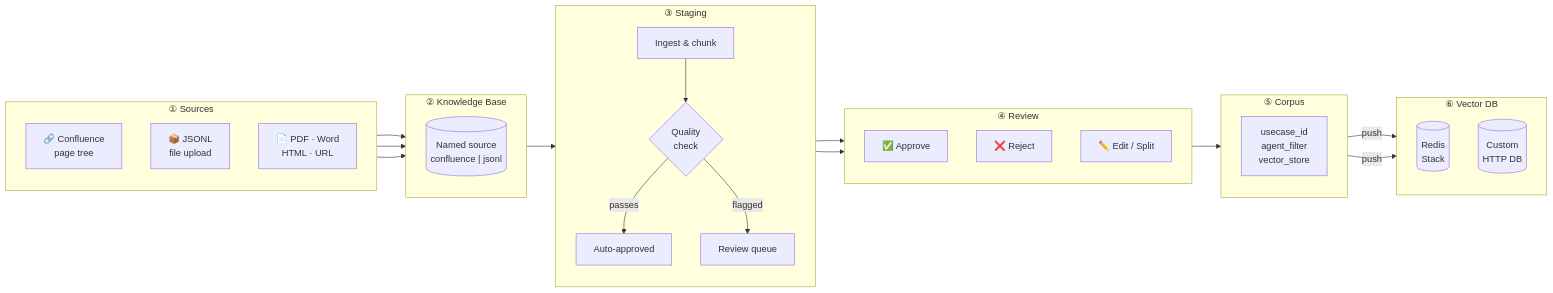
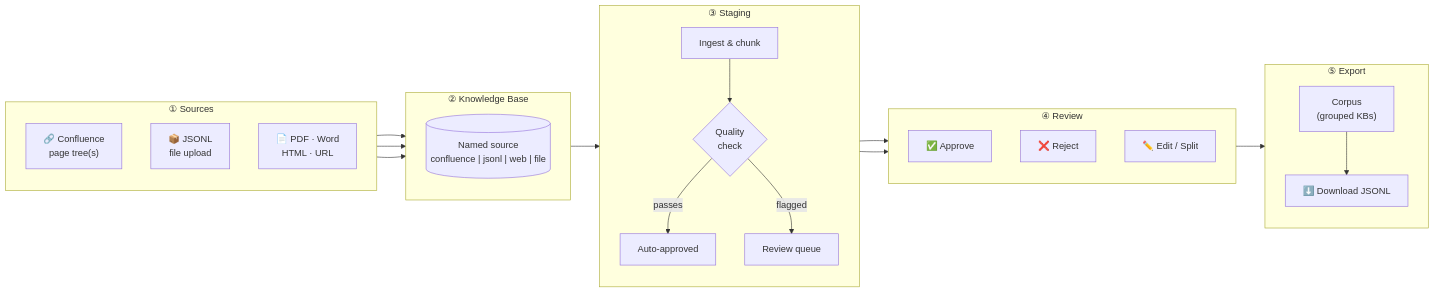
One commit to aasthapit/knowledge-ingestment-pipeline changed the first of 3 diagrams in README.md. Above: the diagram before and after it, drawn with Mermaid. The commit also changed other lines of this file and 7 other files, not shown here.

First line of the commit message:
Support multi-source Confluence and JSONL export

````diff
--- a/README.md
+++ b/README.md
@@ -5,50 +5,44 @@
 ```mermaid
 flowchart LR
     subgraph src["① Sources"]
         direction TB
-        C["🔗 Confluence\npage tree"]
+        C["🔗 Confluence\npage tree(s)"]
         J["📦 JSONL\nfile upload"]
         D["📄 PDF · Word\nHTML · URL"]
     end
 
     subgraph kb["② Knowledge Base"]
         direction TB
-        KB[("Named source\nconfluence | jsonl")]
+        KB[("Named source\nconfluence | jsonl | web | file")]
     end
 
     subgraph stage["③ Staging"]
         direction TB
         IN["Ingest & chunk"]
         QC{"Quality\ncheck"}
         AP["Auto-approved"]
         RQ["Review queue"]
     end
 
     subgraph rev["④ Review"]
         direction TB
         OK["✅ Approve"]
         NO["❌ Reject"]
         ED["✏️ Edit / Split"]
     end
 
-    subgraph corpus["⑤ Corpus"]
+    subgraph out["⑤ Export"]
         direction TB
-        CO["usecase_id\nagent_filter\nvector_store"]
-    end
-
-    subgraph vdb["⑥ Vector DB"]
-        direction TB
-        RD[("Redis\nStack")]
-        CU[("Custom\nHTTP DB")]
+        CO["Corpus\n(grouped KBs)"]
+        DL["⬇️ Download JSONL"]
     end
 
     C & J & D --> KB
     KB --> IN
     IN --> QC
     QC -- "passes" --> AP
     QC -- "flagged" --> RQ
     AP & RQ --> OK
     OK --> CO
-    CO -- "push" --> RD
-    CO -- "push" --> CU
+    CO --> DL
 ```
````
